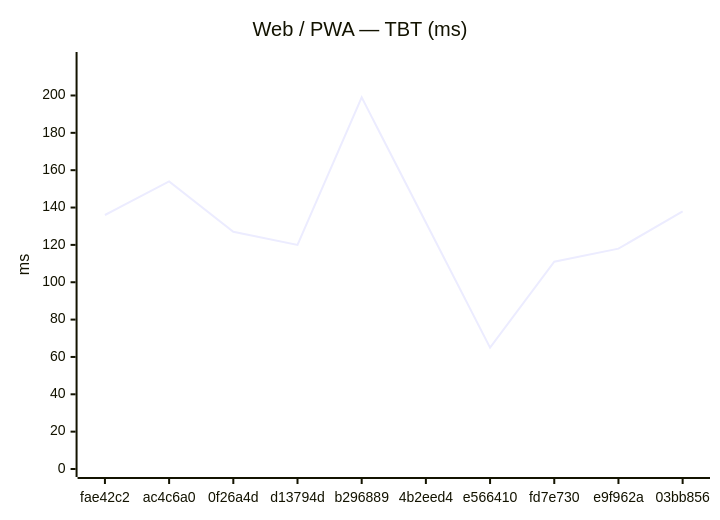
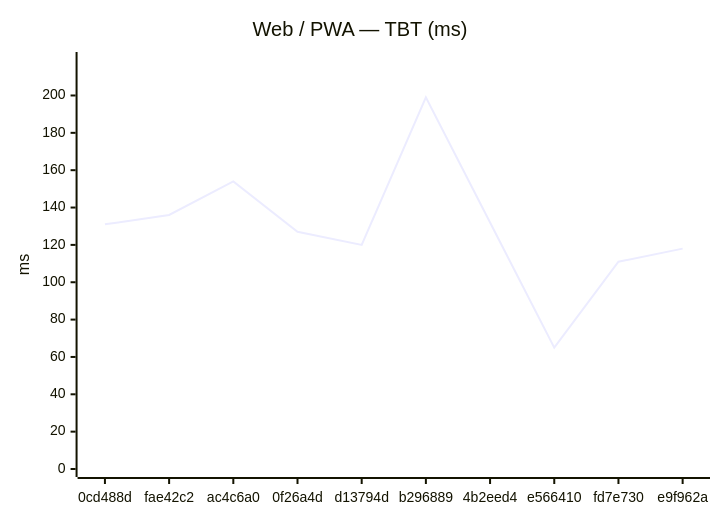
Before and after one commit to Metaheurist/Rianell: the second of 18 diagrams in benchmarks/compare.md, drawn with Mermaid. The commit also changed other lines of this file and 11 other files, not shown here.

````diff
--- a/benchmarks/compare.md
+++ b/benchmarks/compare.md
@@ -31,7 +31,7 @@
 ```mermaid
 xychart-beta
     title "Web / PWA — TBT (ms)"
-    x-axis ["fae42c2", "ac4c6a0", "0f26a4d", "d13794d", "b296889", "4b2eed4", "e566410", "fd7e730", "e9f962a", "03bb856"]
+    x-axis ["0cd488d", "fae42c2", "ac4c6a0", "0f26a4d", "d13794d", "b296889", "4b2eed4", "e566410", "fd7e730", "e9f962a"]
     y-axis "ms" 0 --> 219
-    line [136, 154, 127, 120, 199, 132, 65, 111, 118, 138]
+    line [131, 136, 154, 127, 120, 199, 132, 65, 111, 118]
 ```
````
